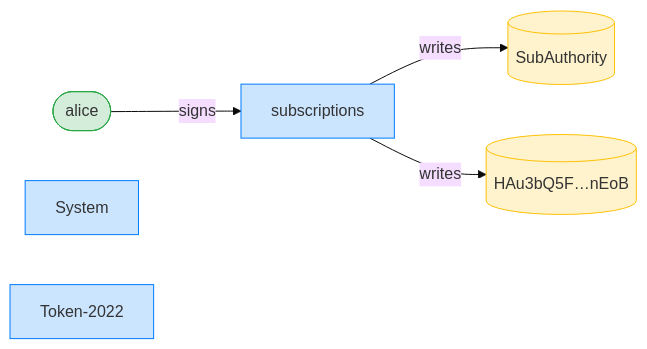
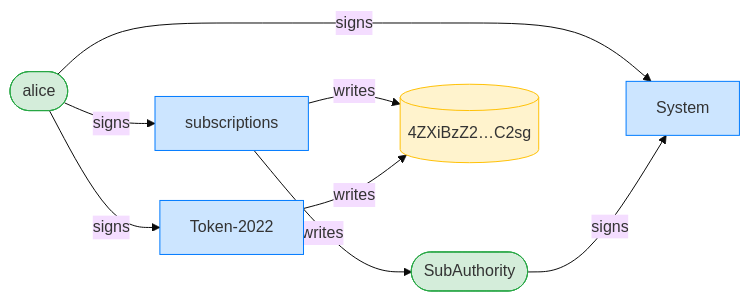
The third of 4 diagrams in dsl_tests/allow-a-mutable-inactive-transfer-hook.md (cds-rs/subscriptions), drawn with Mermaid (base theme) before and after one commit. The commit also changed other lines of this file and 224 other files, not shown here.

````diff
--- a/dsl_tests/allow-a-mutable-inactive-transfer-hook.md
+++ b/dsl_tests/allow-a-mutable-inactive-transfer-hook.md
@@ -55,15 +56,19 @@
 ```mermaid
 flowchart LR
     classDef signer fill:#d4edda,stroke:#28a745;
     classDef program fill:#cce5ff,stroke:#007bff;
     classDef writable fill:#fff3cd,stroke:#ffc107;
     subscriptions[subscriptions]:::program
     alice([alice]):::signer
-    SubAuthority[(SubAuthority)]:::writable
-    HAu3bQ5F_nEoB[("HAu3bQ5F…nEoB")]:::writable
+    SubAuthority([SubAuthority]):::signer
+    4ZXiBzZ2_C2sg[("4ZXiBzZ2…C2sg")]:::writable
     System[System]:::program
     Token_2022["Token-2022"]:::program
     alice -->|signs| subscriptions
+    alice -->|signs| System
+    SubAuthority -->|signs| System
+    alice -->|signs| Token_2022
     subscriptions -->|writes| SubAuthority
-    subscriptions -->|writes| HAu3bQ5F_nEoB
+    subscriptions -->|writes| 4ZXiBzZ2_C2sg
+    Token_2022 -->|writes| 4ZXiBzZ2_C2sg
 ```
````
